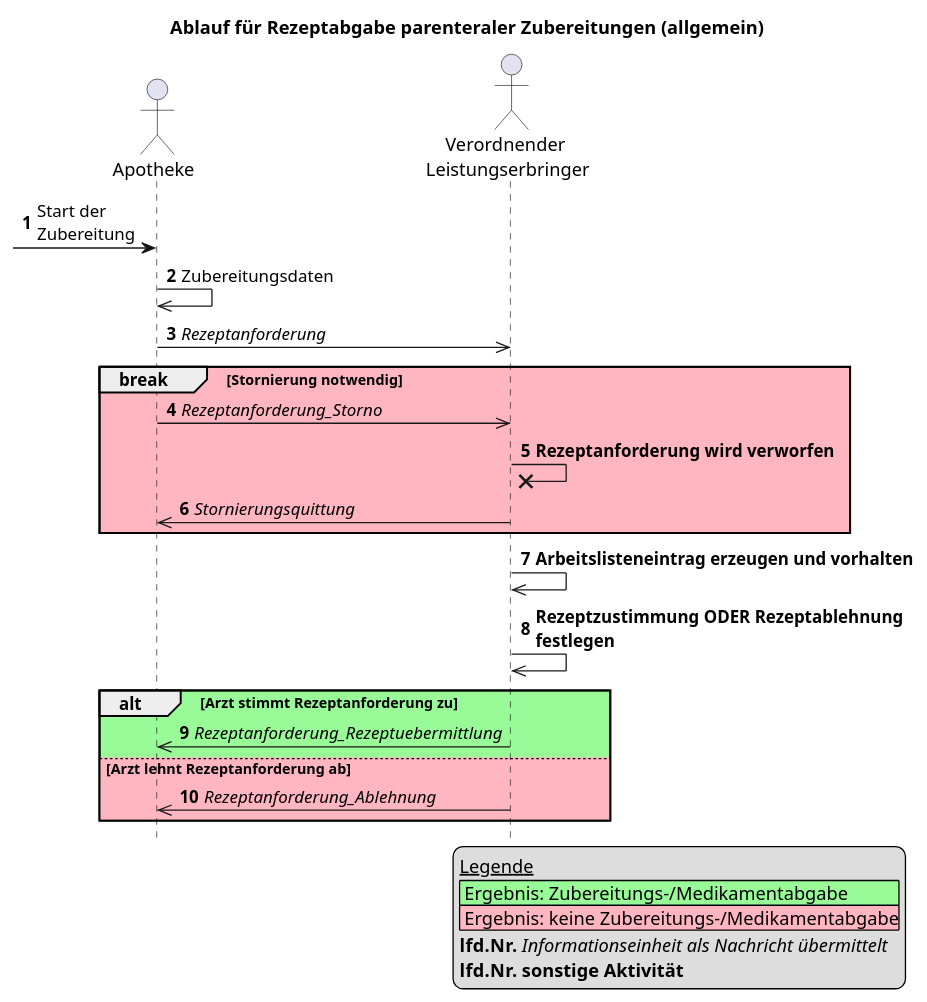
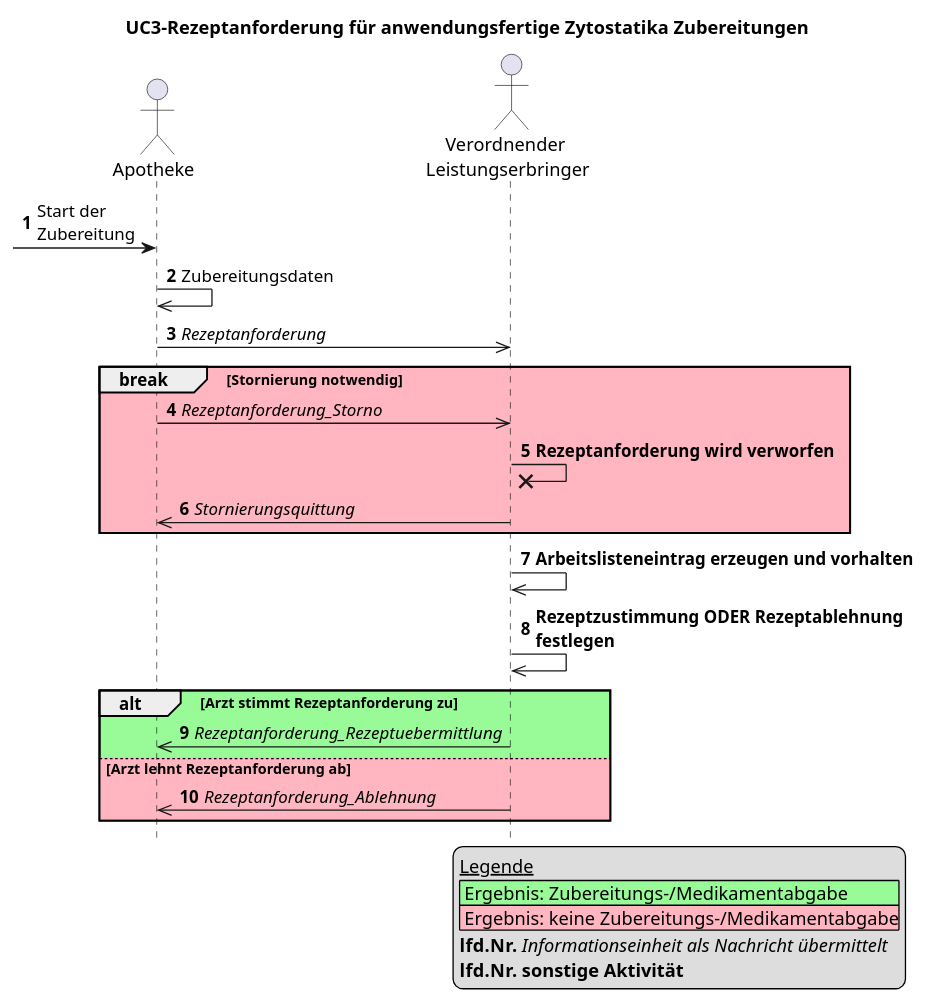
Before and after one commit to gematik/spec-E-Rezept-ServiceRequest: the diagram in Resources/puml/gemF_eRp_KIM/UC3-rezeptanforderung-zytostatika-allgemein.puml, drawn with PlantUML. The commit also changed 5 other files, not shown here.

```diff
--- a/Resources/puml/gemF_eRp_KIM/UC3-rezeptanforderung-zytostatika-allgemein.puml
+++ b/Resources/puml/gemF_eRp_KIM/UC3-rezeptanforderung-zytostatika-allgemein.puml
@@ -1,45 +1,45 @@
-@startuml name = "Rezeptanforderung-anwendigungsfertige Zytostatika"
+@startuml name = "UC3-Rezeptanforderung-anwendigungsfertige-Zytostatika"
 
 
 skinparam maxMessageSize 300
 
-title Ablauf für Rezeptabgabe parenteraler Zubereitungen (allgemein)
+title UC3-Rezeptanforderung für anwendungsfertige Zytostatika Zubereitungen
 hide footbox
 autonumber
 
     actor "Apotheke" as Apotheke
 
     actor "Verordnender \nLeistungserbringer" as Arzt
 
 legend bottom right
     __Legende__
     |<#PaleGreen> Ergebnis: Zubereitungs-/Medikamentabgabe|
     |<#LightPink> Ergebnis: keine Zubereitungs-/Medikamentabgabe|
     **lfd.Nr.** //Informationseinheit als Nachricht übermittelt//
     **lfd.Nr.** **sonstige Aktivität**
 endlegend
 
 ?-> Apotheke: Start der \nZubereitung
 
 Apotheke ->> Apotheke: Zubereitungsdaten
 
 Apotheke ->> Arzt: //Rezeptanforderung//
 
 break #LightPink Stornierung notwendig
     Apotheke ->> Arzt: //Rezeptanforderung_Storno//
     Arzt ->x Arzt: **Rezeptanforderung wird verworfen**
     Arzt ->> Apotheke: //Stornierungsquittung//
 end
 
 Arzt ->> Arzt: **Arbeitslisteneintrag erzeugen und vorhalten**
 
 Arzt ->> Arzt: **Rezeptzustimmung ODER Rezeptablehnung festlegen**
 
 alt #PaleGreen Arzt stimmt Rezeptanforderung zu
     Arzt ->> Apotheke: //Rezeptanforderung_Rezeptuebermittlung//
 else #LightPink Arzt lehnt Rezeptanforderung ab
     Arzt ->> Apotheke: //Rezeptanforderung_Ablehnung//
 
 end
 
 @enduml
```
